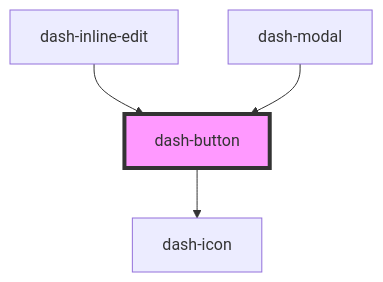
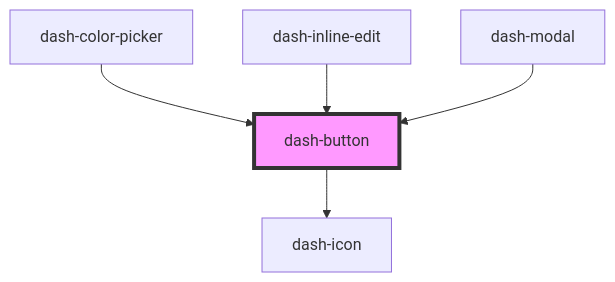
The diagram in packages/dash-components/src/components/dash-button/readme.md (jmanke/dash), drawn with Mermaid before and after one commit. The commit also changed other lines of this file and 13 other files, not shown here.

````diff
--- a/packages/dash-components/src/components/dash-button/readme.md
+++ b/packages/dash-components/src/components/dash-button/readme.md
@@ -44,7 +45,8 @@
 ```mermaid
 graph TD;
   dash-button --> dash-icon
+  dash-color-picker --> dash-button
   dash-inline-edit --> dash-button
   dash-modal --> dash-button
   style dash-button fill:#f9f,stroke:#333,stroke-width:4px
 ```
````
